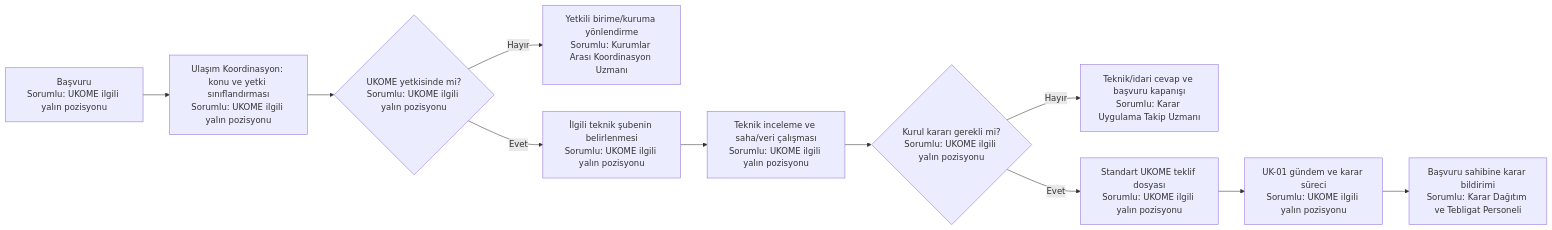
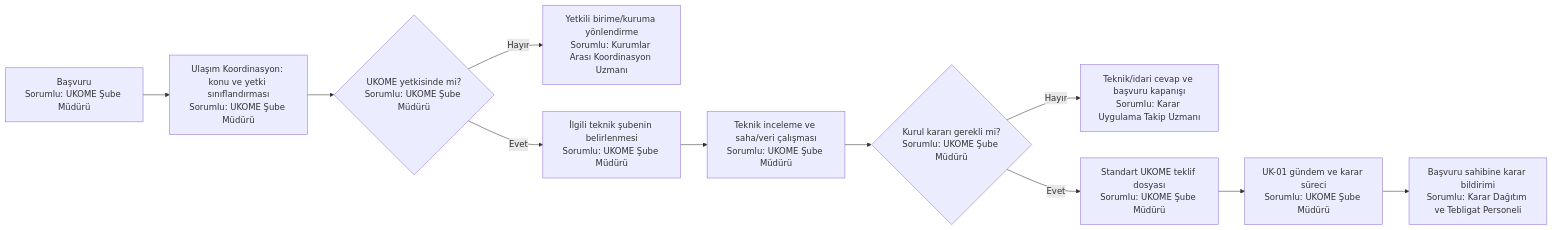
Before and after one commit to merdaergen-create/Ulasim_Dairesi_Is_Analizi: the third of 3 diagrams in 11_yalin_surec_haritalari_sorumlulari_belirtilmis/ukome/README.md, drawn with Mermaid. The commit also changed other lines of this file and 9 other files, not shown here.

Commit message:
Yalın süreç haritalarını koruyarak kesin sorumlu pozisyonları ekle

````diff
--- a/11_yalin_surec_haritalari_sorumlulari_belirtilmis/ukome/README.md
+++ b/11_yalin_surec_haritalari_sorumlulari_belirtilmis/ukome/README.md
@@ -96,13 +96,13 @@
 ```mermaid
 flowchart LR
-    A[Başvuru<br/>Sorumlu: UKOME ilgili yalın pozisyonu] --> B[Ulaşım Koordinasyon: konu ve yetki sınıflandırması<br/>Sorumlu: UKOME ilgili yalın pozisyonu]
-    B --> C{UKOME yetkisinde mi?<br/>Sorumlu: UKOME ilgili yalın pozisyonu}
+    A[Başvuru<br/>Sorumlu: UKOME Şube Müdürü] --> B[Ulaşım Koordinasyon: konu ve yetki sınıflandırması<br/>Sorumlu: UKOME Şube Müdürü]
+    B --> C{UKOME yetkisinde mi?<br/>Sorumlu: UKOME Şube Müdürü}
     C -- Hayır --> D[Yetkili birime/kuruma yönlendirme<br/>Sorumlu: Kurumlar Arası Koordinasyon Uzmanı]
-    C -- Evet --> E[İlgili teknik şubenin belirlenmesi<br/>Sorumlu: UKOME ilgili yalın pozisyonu]
-    E --> F[Teknik inceleme ve saha/veri çalışması<br/>Sorumlu: UKOME ilgili yalın pozisyonu]
-    F --> G{Kurul kararı gerekli mi?<br/>Sorumlu: UKOME ilgili yalın pozisyonu}
+    C -- Evet --> E[İlgili teknik şubenin belirlenmesi<br/>Sorumlu: UKOME Şube Müdürü]
+    E --> F[Teknik inceleme ve saha/veri çalışması<br/>Sorumlu: UKOME Şube Müdürü]
+    F --> G{Kurul kararı gerekli mi?<br/>Sorumlu: UKOME Şube Müdürü}
     G -- Hayır --> H[Teknik/idari cevap ve başvuru kapanışı<br/>Sorumlu: Karar Uygulama Takip Uzmanı]
-    G -- Evet --> I[Standart UKOME teklif dosyası<br/>Sorumlu: UKOME ilgili yalın pozisyonu]
-    I --> J[UK-01 gündem ve karar süreci<br/>Sorumlu: UKOME ilgili yalın pozisyonu]
+    G -- Evet --> I[Standart UKOME teklif dosyası<br/>Sorumlu: UKOME Şube Müdürü]
+    I --> J[UK-01 gündem ve karar süreci<br/>Sorumlu: UKOME Şube Müdürü]
     J --> K[Başvuru sahibine karar bildirimi<br/>Sorumlu: Karar Dağıtım ve Tebligat Personeli]
 ```
````
